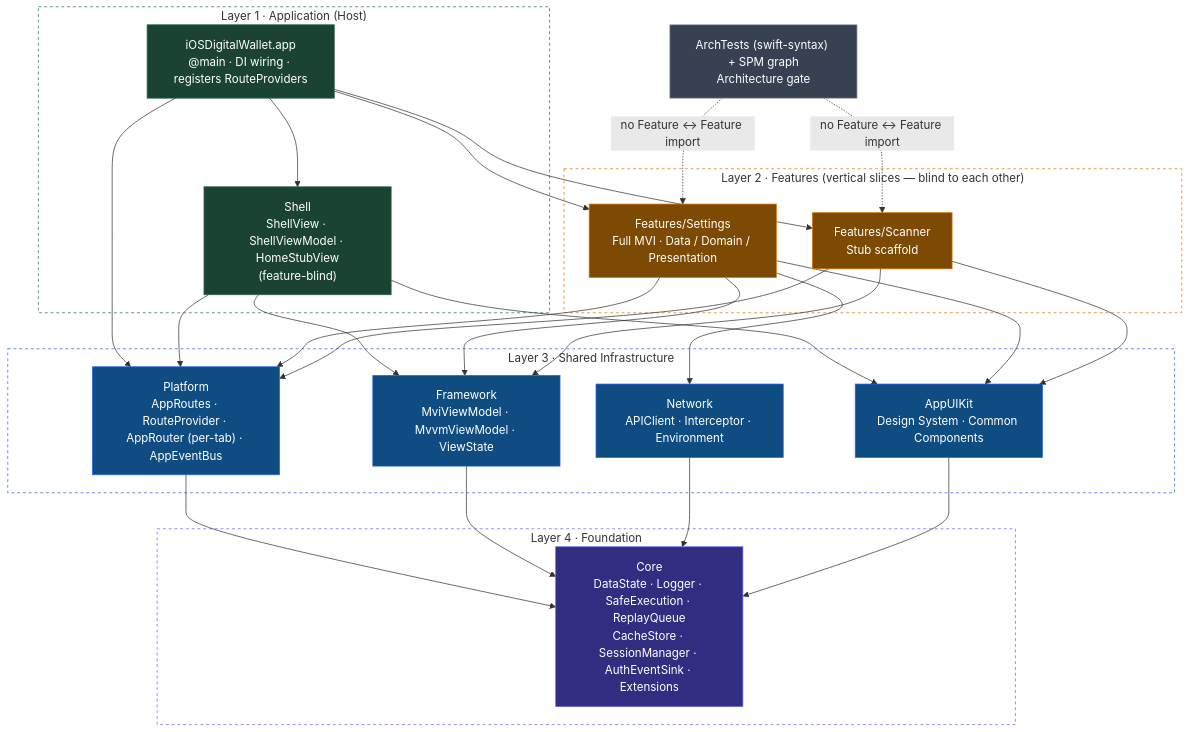
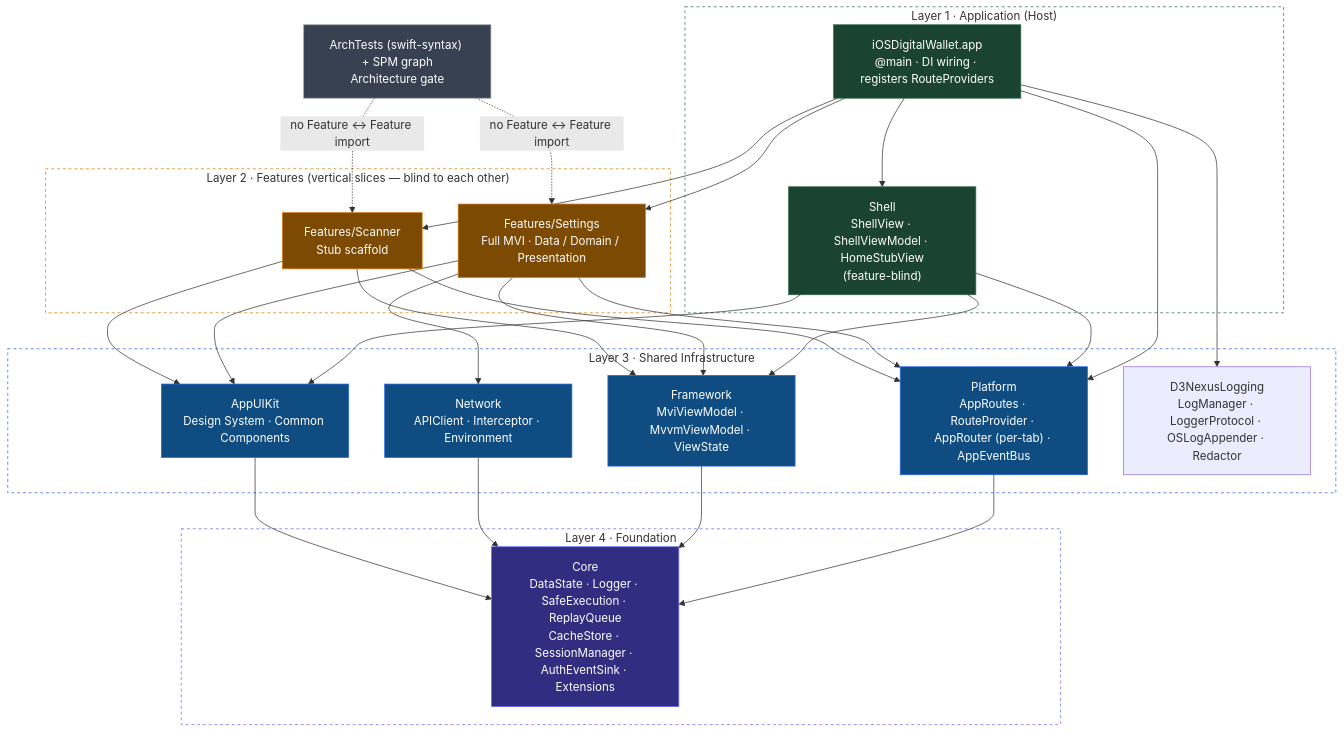
One commit to DanhDue/ios_digital_wallet changed the second of 2 diagrams in docs/architecture/ARCHITECTURE.md. Above: the diagram before and after it, drawn with Mermaid. The commit also changed other lines of this file and 11 other files, not shown here.

First line of the commit message:
[PULSE_LOGGER] Graph Wiring Across Template Modes, Core.Logger Adapter & Mason Brick

````diff
--- a/docs/architecture/ARCHITECTURE.md
+++ b/docs/architecture/ARCHITECTURE.md
@@ -329,64 +330,66 @@
 ```mermaid
 flowchart TD
     %% Layer 1 · Application (Host) — App is the ONLY feature aggregator
     subgraph L1 ["Layer 1 · Application (Host)"]
         APP["iOSDigitalWallet.app\n@main · DI wiring · registers RouteProviders"]
         SHELL["Shell\nShellView · ShellViewModel · HomeStubView\n(feature-blind)"]
     end
 
     %% Layer 2 · Features — vertical slices, blind to each other
     subgraph L2 ["Layer 2 · Features (vertical slices — blind to each other)"]
         F_SET["Features/Settings\nFull MVI · Data / Domain / Presentation"]
         F_SCAN["Features/Scanner\nStub scaffold"]
     end
 
     %% Layer 3 · Shared Infrastructure — sibling modules, no intra-layer edge
     subgraph L3 ["Layer 3 · Shared Infrastructure"]
         PLATFORM["Platform\nAppRoutes · RouteProvider · AppRouter (per-tab) · AppEventBus"]
         FRAMEWORK["Framework\nMviViewModel · MvvmViewModel · ViewState"]
         NETWORK["Network\nAPIClient · Interceptor · Environment"]
         UIKIT["AppUIKit\nDesign System · Common Components"]
+        LOGGING["D3NexusLogging\nLogManager · LoggerProtocol · OSLogAppender · Redactor"]
     end
 
     %% Layer 4 · Foundation
     subgraph L4 ["Layer 4 · Foundation"]
         CORE["Core\nDataState · Logger · SafeExecution · ReplayQueue\nCacheStore · SessionManager · AuthEventSink · Extensions"]
     end
 
     %% Host — App is the ONLY feature aggregator; Shell is feature-blind
     APP --> SHELL
     APP --> F_SET & F_SCAN
     APP --> PLATFORM
+    APP --> LOGGING
     SHELL --> PLATFORM & FRAMEWORK & UIKIT
 
     %% Features → infrastructure
     F_SET --> PLATFORM & FRAMEWORK & NETWORK & UIKIT
     F_SCAN --> PLATFORM & FRAMEWORK & UIKIT
 
     %% Infrastructure flows toward Core (Platform depends on Core only)
     PLATFORM --> CORE
     FRAMEWORK --> CORE
     NETWORK --> CORE
     UIKIT --> CORE
 
     %% Architecture gate — checks, not in build
     ARCH["ArchTests (swift-syntax) + SPM graph\nArchitecture gate"] -.->|"no Feature ↔ Feature import"| F_SET & F_SCAN
 
     classDef host fill:#1b4332,stroke:#2d6a4f,color:#fff
     classDef feat fill:#7c4a03,stroke:#d97706,color:#fff
     classDef plat fill:#4a044e,stroke:#c026d3,color:#fff
     classDef infra fill:#0f4c81,stroke:#2563eb,color:#fff
     classDef core fill:#312e81,stroke:#6366f1,color:#fff
     classDef tool fill:#374151,stroke:#9ca3af,color:#fff
 
     class APP,SHELL host
     class F_SET,F_SCAN feat
     class PLATFORM,FRAMEWORK,NETWORK,UIKIT infra
     class CORE core
     class ARCH tool
 
     style L1 fill:none,stroke:#2d6a4f,stroke-dasharray: 4 4
     style L2 fill:none,stroke:#d97706,stroke-dasharray: 4 4
     style L3 fill:none,stroke:#2563eb,stroke-dasharray: 4 4
     style L4 fill:none,stroke:#6366f1,stroke-dasharray: 4 4
 ```
````
